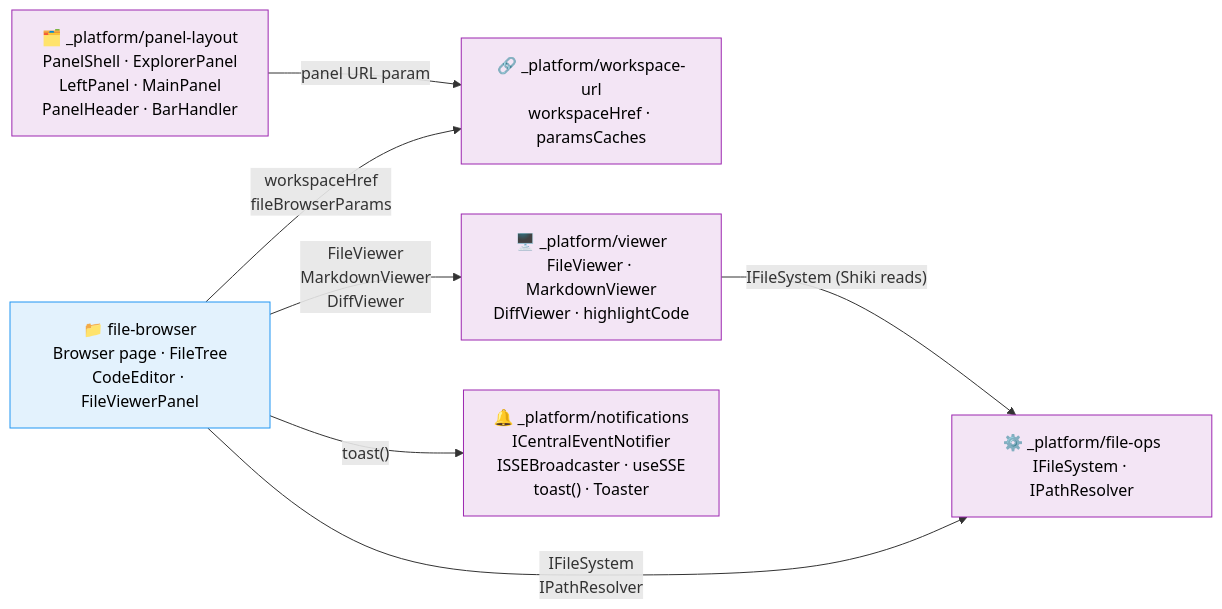
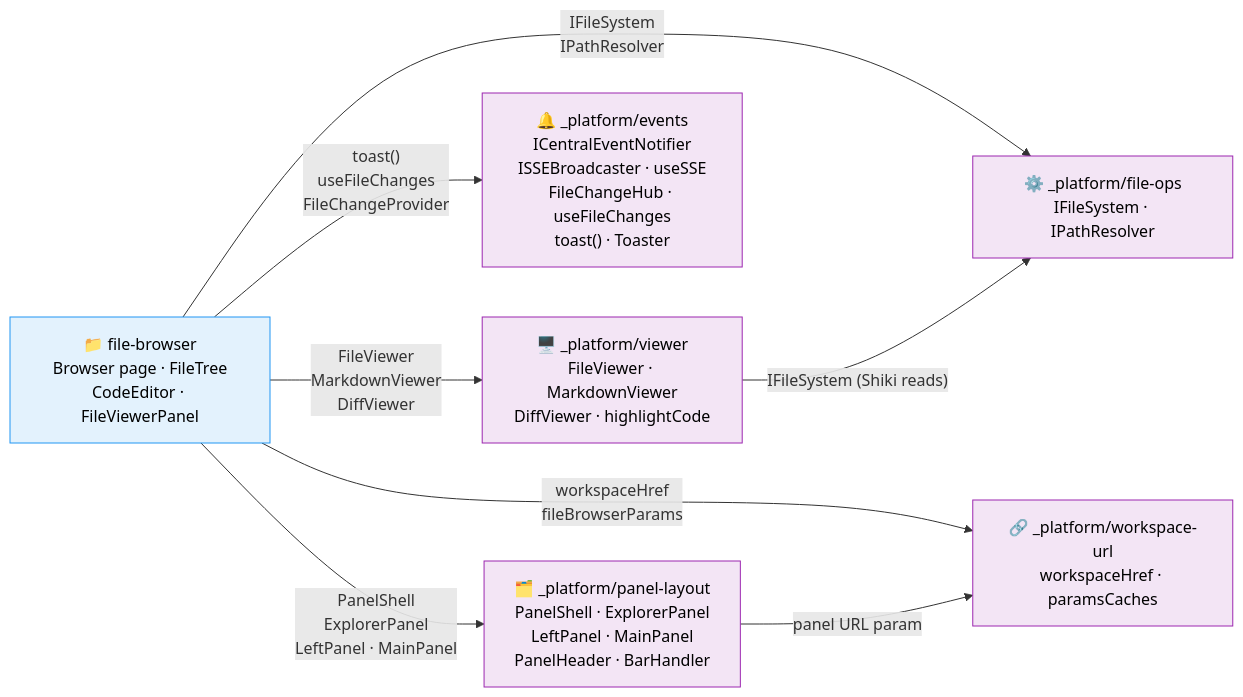
Before and after one commit to AI-Substrate/chainglass: the diagram in docs/domains/domain-map.md, drawn with Mermaid. The commit also changed other lines of this file and 22 other files, not shown here.

First line of the commit message:
Wire panel layout into browser page (Plan 043 Phase 3)

````diff
--- a/docs/domains/domain-map.md
+++ b/docs/domains/domain-map.md
@@ -6,25 +6,24 @@
 ```mermaid
 flowchart LR
     classDef business fill:#E3F2FD,stroke:#2196F3,color:#000
     classDef infra fill:#F3E5F5,stroke:#9C27B0,color:#000
 
     %% Infrastructure domains
     fileOps["⚙️ _platform/file-ops<br/>IFileSystem · IPathResolver"]:::infra
     wsUrl["🔗 _platform/workspace-url<br/>workspaceHref · paramsCaches"]:::infra
     viewer["🖥️ _platform/viewer<br/>FileViewer · MarkdownViewer<br/>DiffViewer · highlightCode"]:::infra
-    notify["🔔 _platform/notifications<br/>ICentralEventNotifier<br/>ISSEBroadcaster · useSSE<br/>toast() · Toaster"]:::infra
+    events["🔔 _platform/events<br/>ICentralEventNotifier<br/>ISSEBroadcaster · useSSE<br/>FileChangeHub · useFileChanges<br/>toast() · Toaster"]:::infra
     panels["🗂️ _platform/panel-layout<br/>PanelShell · ExplorerPanel<br/>LeftPanel · MainPanel<br/>PanelHeader · BarHandler"]:::infra
 
     %% Business domains
     fileBrowser["📁 file-browser<br/>Browser page · FileTree<br/>CodeEditor · FileViewerPanel"]:::business
 
     %% Contract dependencies (consumer → provider)
     fileBrowser -->|"IFileSystem<br/>IPathResolver"| fileOps
     fileBrowser -->|"workspaceHref<br/>fileBrowserParams"| wsUrl
     fileBrowser -->|"FileViewer<br/>MarkdownViewer<br/>DiffViewer"| viewer
-    fileBrowser -->|"toast()"| notify
-    %% planned in Plan 043 Phase 3 (not yet wired)
-    %% fileBrowser -->|"PanelShell<br/>ExplorerPanel<br/>LeftPanel · MainPanel"| panels
+    fileBrowser -->|"toast()<br/>useFileChanges<br/>FileChangeProvider"| events
+    fileBrowser -->|"PanelShell<br/>ExplorerPanel<br/>LeftPanel · MainPanel"| panels
     panels -->|"panel URL param"| wsUrl
     viewer -->|"IFileSystem (Shiki reads)"| fileOps
 ```
````
